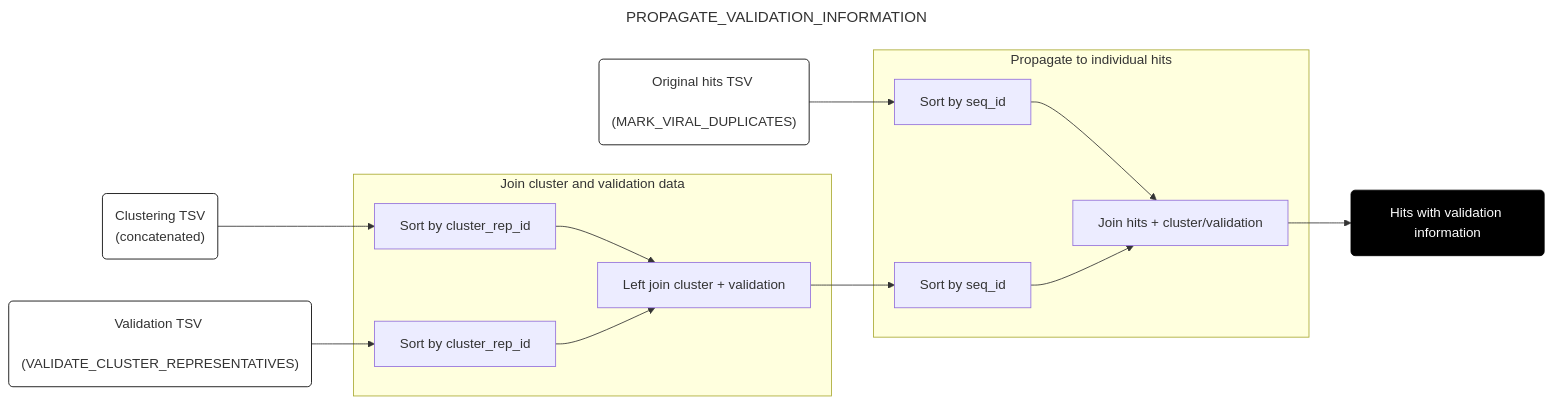
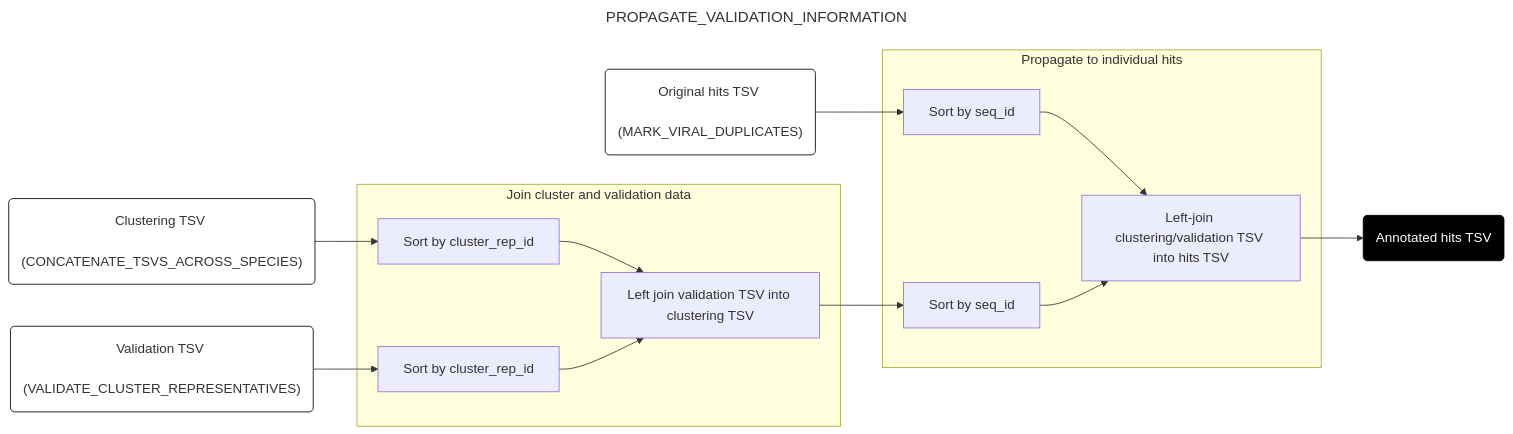
Before and after one commit to naobservatory/mgs-workflow: diagram 11 of 11 in docs/downstream.md, drawn with Mermaid. The commit also changed other lines of this file, not shown here.

````diff
--- a/docs/downstream.md
+++ b/docs/downstream.md
@@ -316,31 +328,31 @@
 ```mermaid
 ---
 title: PROPAGATE_VALIDATION_INFORMATION
 config:
   layout: horizontal
 ---
 flowchart LR
 A("Original hits TSV <br> (MARK_VIRAL_DUPLICATES)") --> B[Sort by seq_id]
-C("Clustering TSV <br> (concatenated)") --> D[Sort by cluster_rep_id]
+C("Clustering TSV <br> (CONCATENATE_TSVS_ACROSS_SPECIES)") --> D[Sort by cluster_rep_id]
 E("Validation TSV <br> (VALIDATE_CLUSTER_REPRESENTATIVES)") --> F[Sort by cluster_rep_id]
-D --> G[Left join cluster + validation]
+D --> G[Left join validation TSV into clustering TSV]
 F --> G
 G --> H[Sort by seq_id]
-B --> I[Join hits + cluster/validation]
+B --> I[Left-join clustering/validation TSV into hits TSV]
 H --> I
-I --> J(Hits with validation information)
+I --> J(Annotated hits TSV)
 subgraph "Join cluster and validation data"
 D
 F
 G
 end
 subgraph "Propagate to individual hits"
 B
 H
 I
 end
 style A fill:#fff,stroke:#000
 style C fill:#fff,stroke:#000
 style E fill:#fff,stroke:#000
 style J fill:#000,color:#fff,stroke:#000
 ```
````
